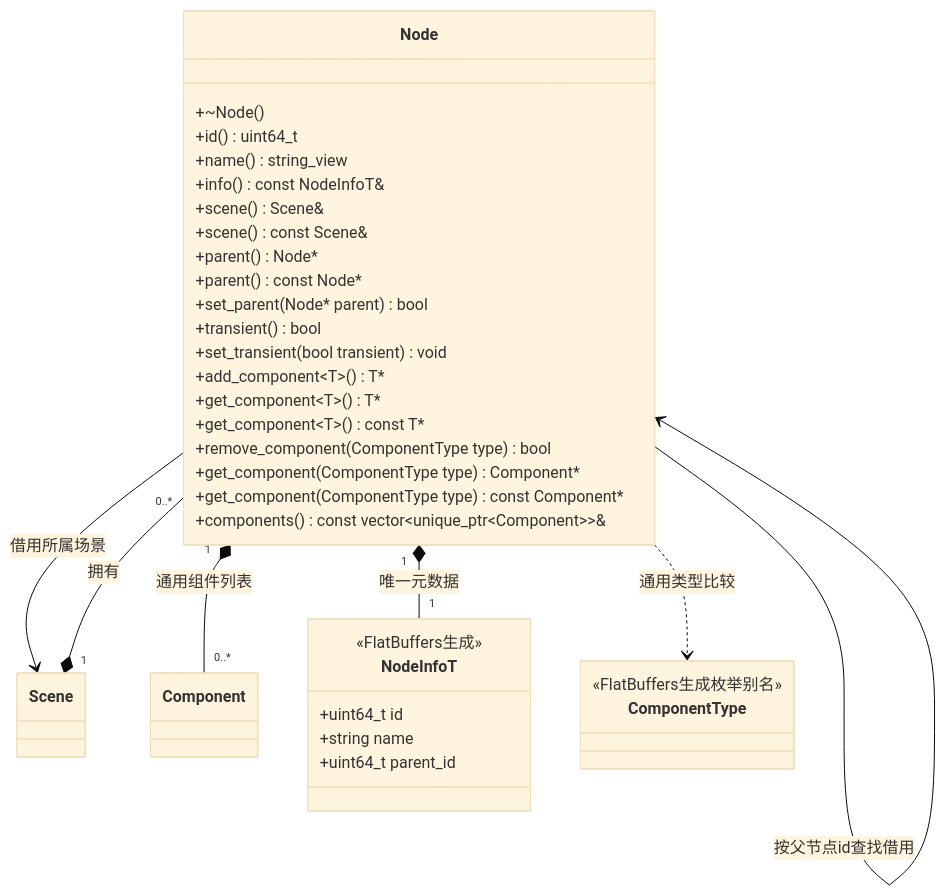
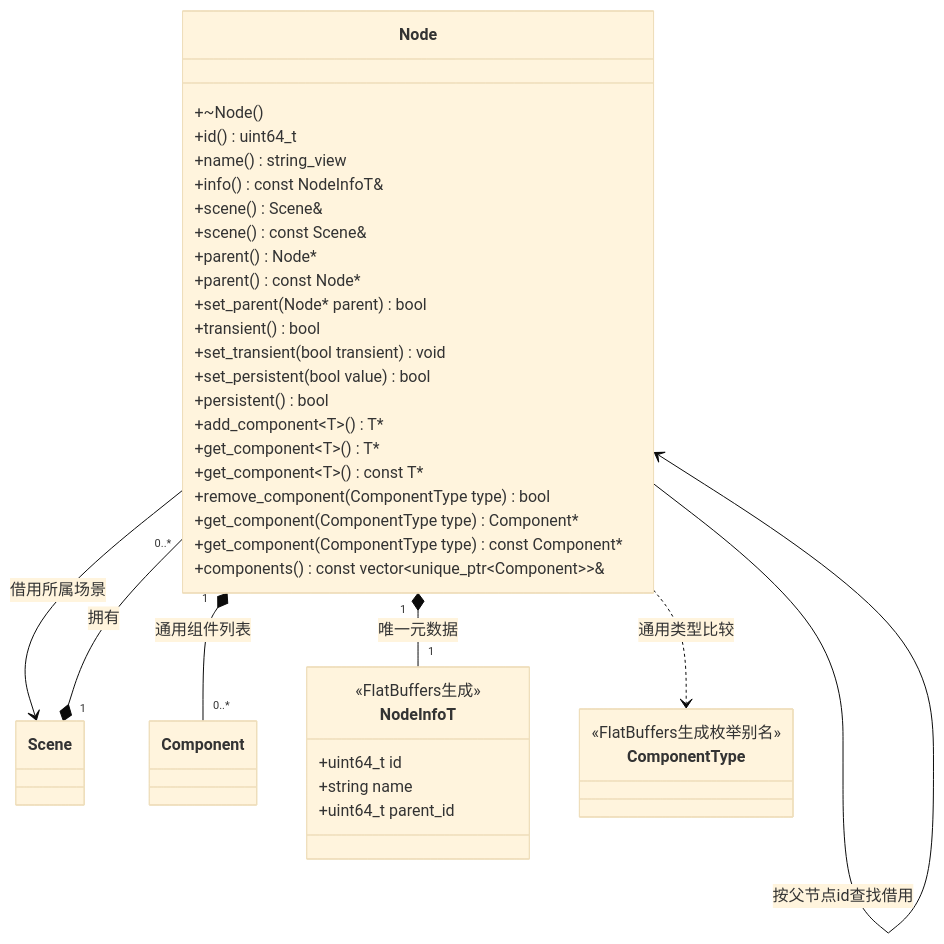
Before and after one commit to lcals/Engine: the diagram in docs/runtime/class-diagrams/node.md, drawn with Mermaid (base theme). The commit also changed other lines of this file and 98 other files, not shown here.

````diff
--- a/docs/runtime/class-diagrams/node.md
+++ b/docs/runtime/class-diagrams/node.md
@@ -5,40 +5,42 @@
 ```mermaid
 classDiagram
     class Node {
         +~Node()
         +id() uint64_t
         +name() string_view
         +info() const NodeInfoT&
         +scene() Scene&
         +scene() const Scene&
         +parent() Node#42;
         +parent() const Node#42;
         +set_parent(Node#42; parent) bool
         +transient() bool
         +set_transient(bool transient) void
+        +set_persistent(bool value) bool
+        +persistent() bool
         +add_component~T~() T#42;
         +get_component~T~() T#42;
         +get_component~T~() const T#42;
         +remove_component(ComponentType type) bool
         +get_component(ComponentType type) Component#42;
         +get_component(ComponentType type) const Component#42;
         +components() const vector~unique_ptr~Component~~&
     }
     class Scene
     class Component
     class NodeInfoT {
         <<FlatBuffers生成>>
         +uint64_t id
         +string name
         +uint64_t parent_id
     }
     class ComponentType {
         <<FlatBuffers生成枚举别名>>
     }
     Scene "1" *-- "0..*" Node : 拥有
     Node --> Scene : 借用所属场景
     Node --> Node : 按父节点id查找借用
     Node "1" *-- "1" NodeInfoT : 唯一元数据
     Node "1" *-- "0..*" Component : 通用组件列表
     Node ..> ComponentType : 通用类型比较
 ```
````
